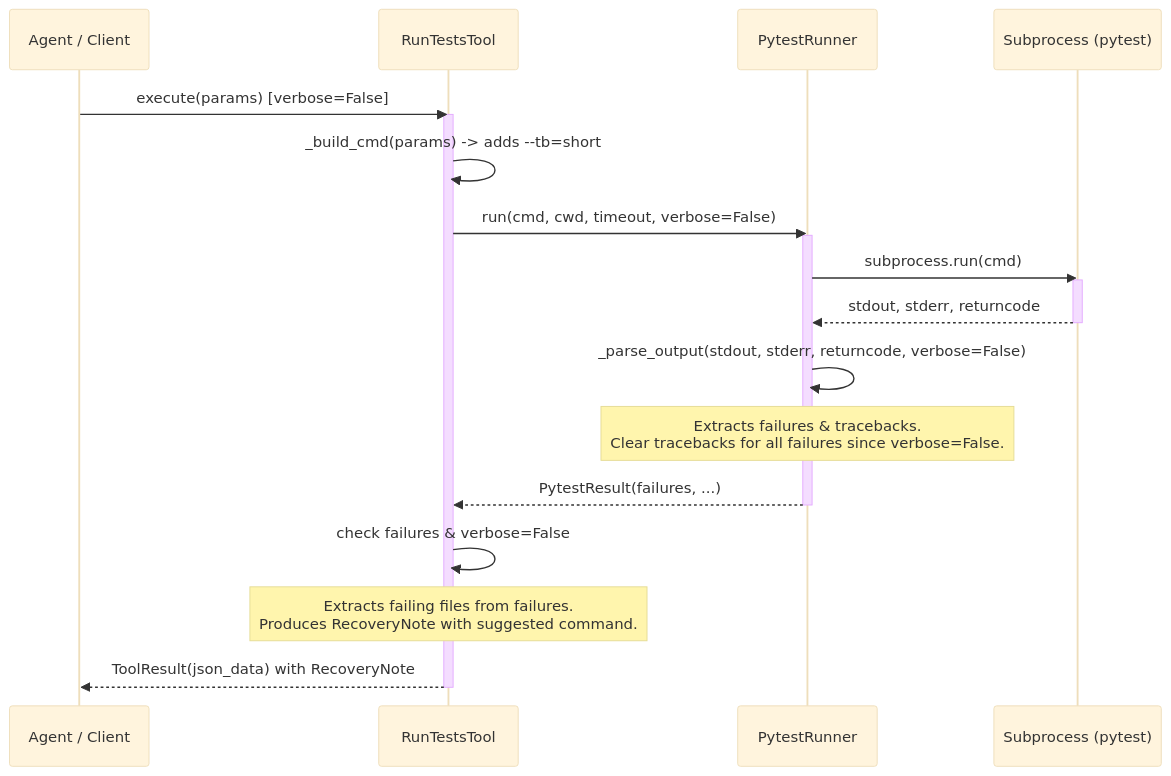
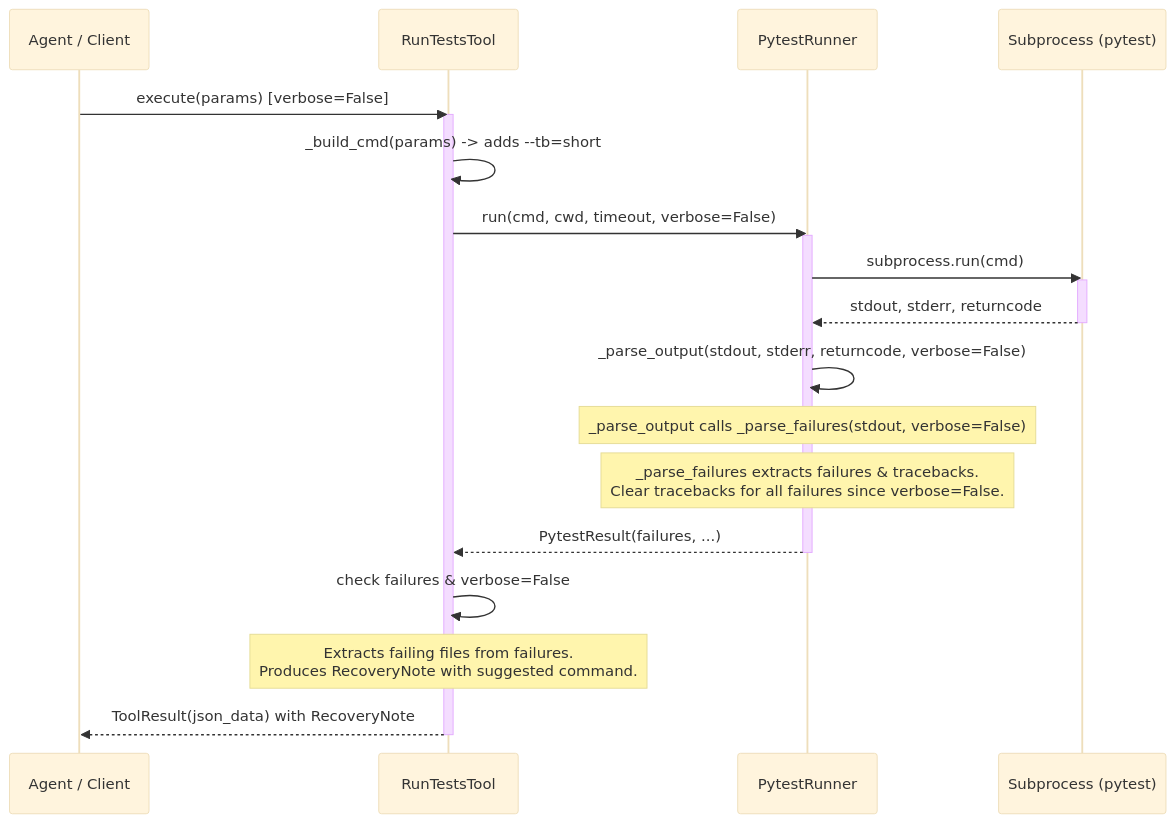
One commit to MikeyVK/phase-gate-mcp changed the second of 2 diagrams in docs/development/issue397/design.md. Above: the diagram before and after it, drawn with Mermaid (base theme). The commit also changed other lines of this file and 3 other files, not shown here.

````diff
--- a/docs/development/issue397/design.md
+++ b/docs/development/issue397/design.md
@@ -109,25 +110,26 @@
 ```mermaid
 sequenceDiagram
     participant Agent as Agent / Client
     participant Tool as RunTestsTool
     participant Runner as PytestRunner
     participant Proc as Subprocess (pytest)
 
     Agent->>Tool: execute(params) [verbose=False]
     activate Tool
     Tool->>Tool: _build_cmd(params) -> adds --tb=short
     Tool->>Runner: run(cmd, cwd, timeout, verbose=False)
     activate Runner
     Runner->>Proc: subprocess.run(cmd)
     activate Proc
     Proc-->>Runner: stdout, stderr, returncode
     deactivate Proc
     Runner->>Runner: _parse_output(stdout, stderr, returncode, verbose=False)
-    Note over Runner: Extracts failures & tracebacks.<br/>Clear tracebacks for all failures since verbose=False.
+    Note over Runner: _parse_output calls _parse_failures(stdout, verbose=False)
+    Note over Runner: _parse_failures extracts failures & tracebacks.<br/>Clear tracebacks for all failures since verbose=False.
     Runner-->>Tool: PytestResult(failures, ...)
     deactivate Runner
     Tool->>Tool: check failures & verbose=False
     Note over Tool: Extracts failing files from failures.<br/>Produces RecoveryNote with suggested command.
     Tool-->>Agent: ToolResult(json_data) with RecoveryNote
     deactivate Tool
 ```
````
